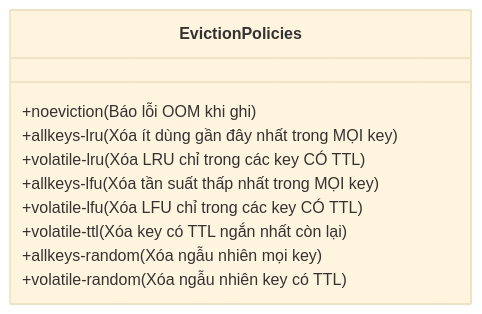
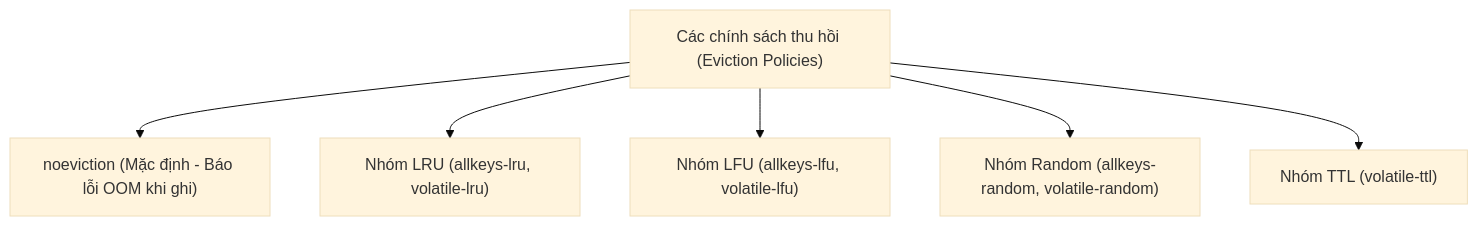
Before and after one commit to hydragon2m/docs: the eighth of 10 diagrams in Backend/Database & Storage/03. Redis Mastery/Bài 01 - Redis Core Data Structures, Caching Strategies & Locks.md, drawn with Mermaid (base theme). The commit also changed other lines of this file and 3 other files, not shown here.

````diff
--- a/Backend/Database & Storage/03. Redis Mastery/Bài 01 - Redis Core Data Structures, Caching Strategies & Locks.md
+++ b/Backend/Database & Storage/03. Redis Mastery/Bài 01 - Redis Core Data Structures, Caching Strategies & Locks.md
@@ -344,13 +350,9 @@
 ```mermaid
-classDiagram
-    class EvictionPolicies {
-        +noeviction (Báo lỗi OOM khi ghi)
-        +allkeys-lru (Xóa ít dùng gần đây nhất trong MỌI key)
-        +volatile-lru (Xóa LRU chỉ trong các key CÓ TTL)
-        +allkeys-lfu (Xóa tần suất thấp nhất trong MỌI key)
-        +volatile-lfu (Xóa LFU chỉ trong các key CÓ TTL)
-        +volatile-ttl (Xóa key có TTL ngắn nhất còn lại)
-        +allkeys-random (Xóa ngẫu nhiên mọi key)
-        +volatile-random (Xóa ngẫu nhiên key có TTL)
-    }
+flowchart TD
+    Eviction["Các chính sách thu hồi (Eviction Policies)"]
+    Eviction --> noeviction["noeviction (Mặc định - Báo lỗi OOM khi ghi)"]
+    Eviction --> lru["Nhóm LRU (allkeys-lru, volatile-lru)"]
+    Eviction --> lfu["Nhóm LFU (allkeys-lfu, volatile-lfu)"]
+    Eviction --> random["Nhóm Random (allkeys-random, volatile-random)"]
+    Eviction --> ttl["Nhóm TTL (volatile-ttl)"]
 ```
````
